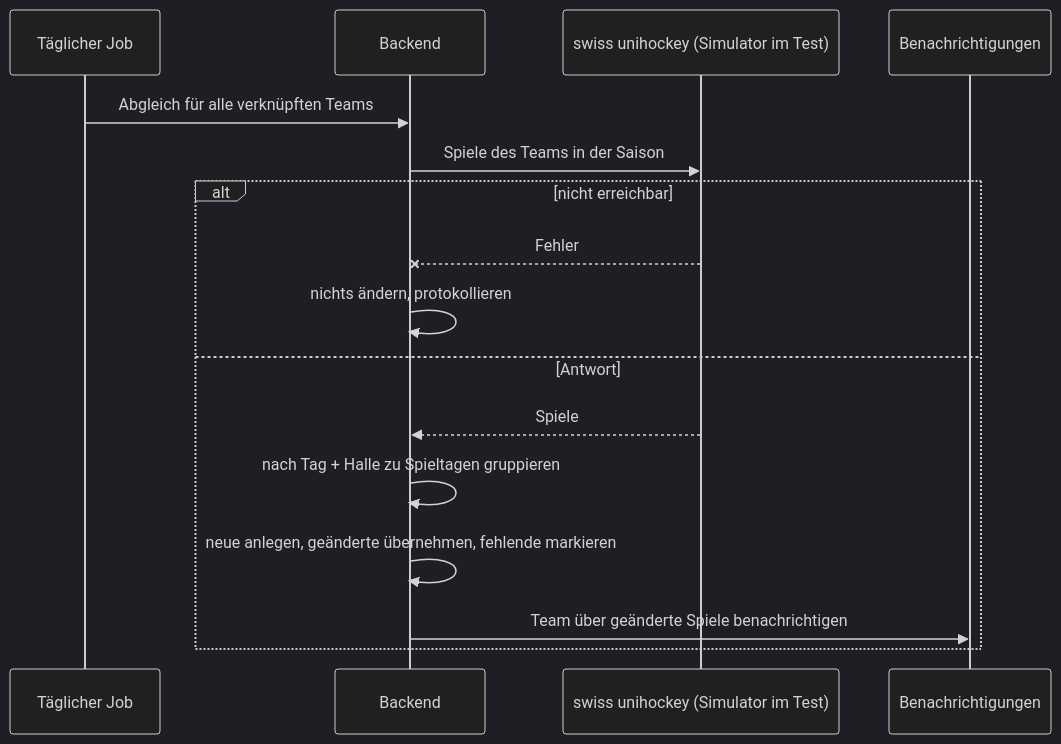
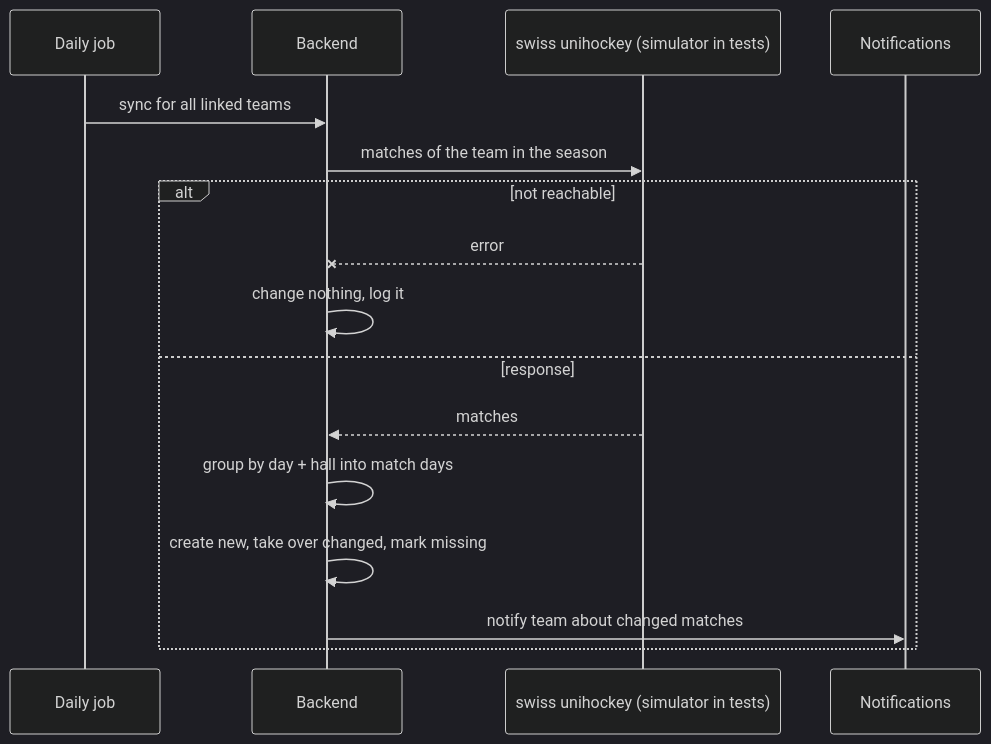
One commit to cyrilleulmi/StvBeroPlatform changed diagram 13 of 13 in docs/states.md. Above: the diagram before and after it, drawn with Mermaid (dark theme). The commit also changed other lines of this file and 19 other files, not shown here.

````diff
--- a/docs/states.md
+++ b/docs/states.md
@@ -328,18 +330,18 @@
 ```mermaid
 sequenceDiagram
-    participant J as Täglicher Job
+    participant J as Daily job
     participant B as Backend
-    participant SU as swiss unihockey (Simulator im Test)
-    participant N as Benachrichtigungen
-    J->>B: Abgleich für alle verknüpften Teams
-    B->>SU: Spiele des Teams in der Saison
-    alt nicht erreichbar
-        SU--xB: Fehler
-        B->>B: nichts ändern, protokollieren
-    else Antwort
-        SU-->>B: Spiele
-        B->>B: nach Tag + Halle zu Spieltagen gruppieren
-        B->>B: neue anlegen, geänderte übernehmen, fehlende markieren
-        B->>N: Team über geänderte Spiele benachrichtigen
+    participant SU as swiss unihockey (simulator in tests)
+    participant N as Notifications
+    J->>B: sync for all linked teams
+    B->>SU: matches of the team in the season
+    alt not reachable
+        SU--xB: error
+        B->>B: change nothing, log it
+    else response
+        SU-->>B: matches
+        B->>B: group by day + hall into match days
+        B->>B: create new, take over changed, mark missing
+        B->>N: notify team about changed matches
     end
 ```
````
